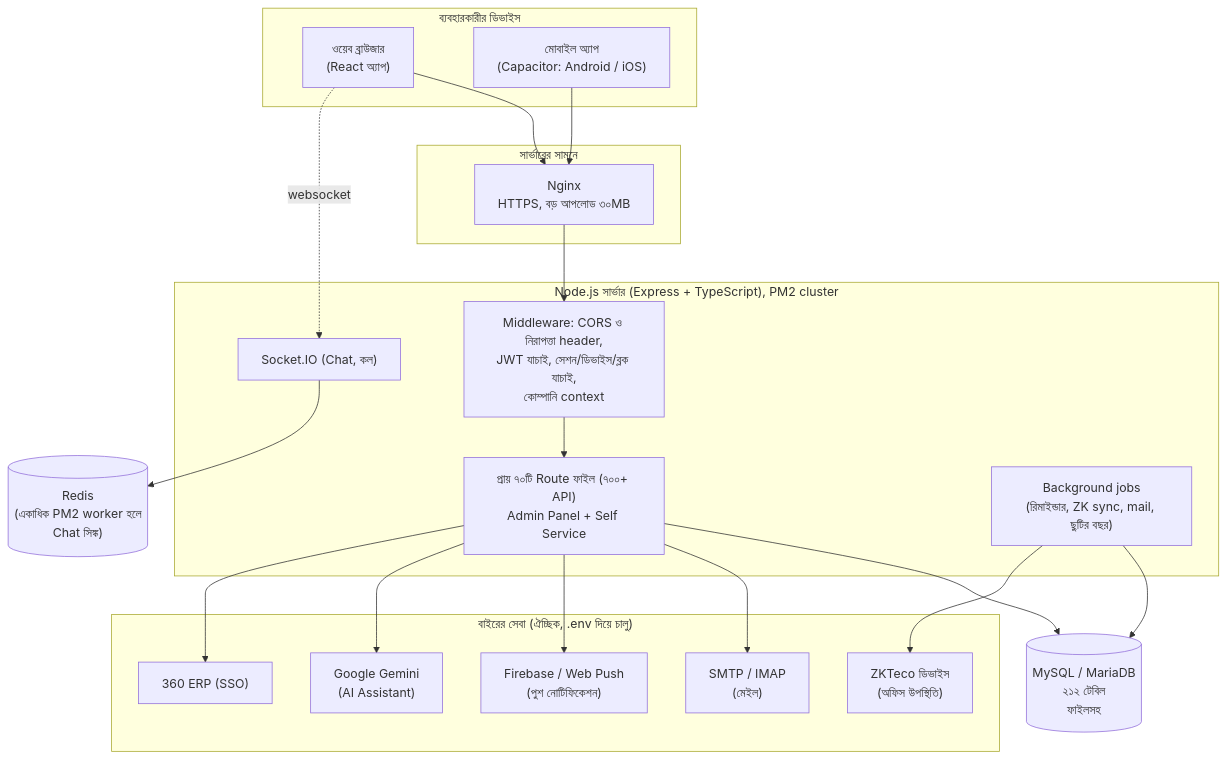
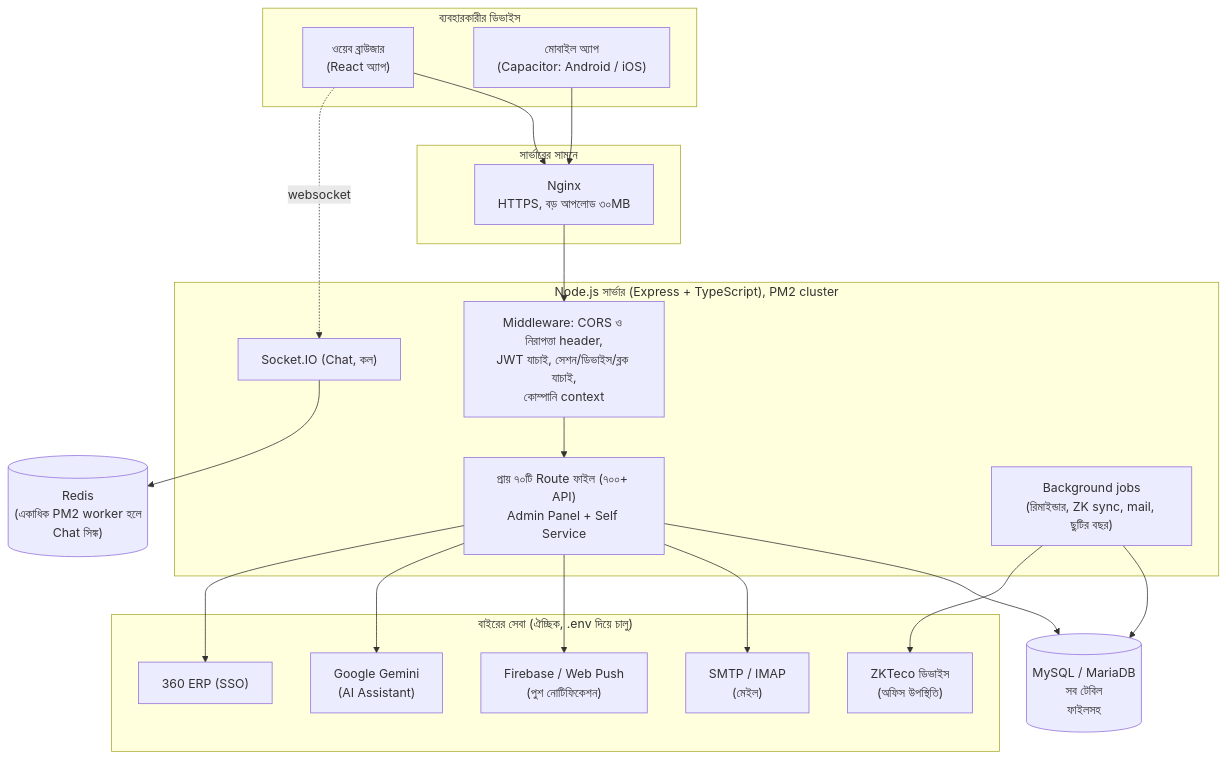
One commit to ruhulamencredence/CredenceHR changed the first of 13 diagrams in docs/architecture/02-application-workflow.md. Above: the diagram before and after it, drawn with Mermaid. The commit also changed 82 other files, not shown here.

First line of the commit message:
docs: keep architecture docs in sync with the code automatically

````diff
--- a/docs/architecture/02-application-workflow.md
+++ b/docs/architecture/02-application-workflow.md
@@ -10,37 +10,37 @@
 ```mermaid
 flowchart TB
   subgraph Clients["ব্যবহারকারীর ডিভাইস"]
     W["ওয়েব ব্রাউজার<br/>(React অ্যাপ)"]
     A["মোবাইল অ্যাপ<br/>(Capacitor: Android / iOS)"]
   end
   subgraph Edge["সার্ভারের সামনে"]
     N["Nginx<br/>HTTPS, বড় আপলোড ৩০MB"]
   end
   subgraph App["Node.js সার্ভার (Express + TypeScript), PM2 cluster"]
     MW["Middleware: CORS ও নিরাপত্তা header,<br/>JWT যাচাই, সেশন/ডিভাইস/ব্লক যাচাই,<br/>কোম্পানি context"]
     R["প্রায় ৭০টি Route ফাইল (৭০০+ API)<br/>Admin Panel + Self Service"]
     S["Socket.IO (Chat, কল)"]
     J["Background jobs<br/>(রিমাইন্ডার, ZK sync, mail, ছুটির বছর)"]
   end
-  DB[("MySQL / MariaDB<br/>২১২ টেবিল<br/>ফাইলসহ")]
+  DB[("MySQL / MariaDB<br/>সব টেবিল<br/>ফাইলসহ")]
   RD[("Redis<br/>(একাধিক PM2 worker হলে<br/>Chat সিঙ্ক)")]
   subgraph Ext["বাইরের সেবা (ঐচ্ছিক, .env দিয়ে চালু)"]
     SM["SMTP / IMAP<br/>(মেইল)"]
     FCM["Firebase / Web Push<br/>(পুশ নোটিফিকেশন)"]
     GM["Google Gemini<br/>(AI Assistant)"]
     ZK["ZKTeco ডিভাইস<br/>(অফিস উপস্থিতি)"]
     ERP["360 ERP (SSO)"]
   end
   W --> N
   A --> N
   N --> MW --> R
   W -. websocket .-> S
   R --> DB
   S --> RD
   J --> DB
   R --> SM
   R --> FCM
   R --> GM
   J --> ZK
   R --> ERP
 ```
````
